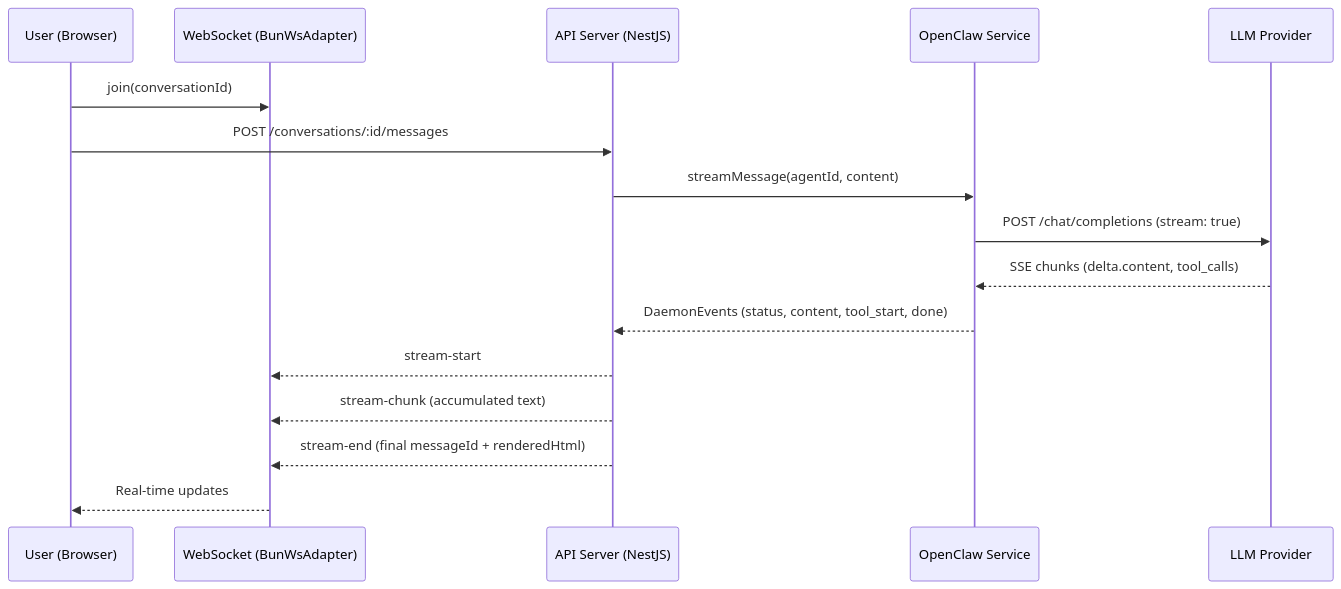
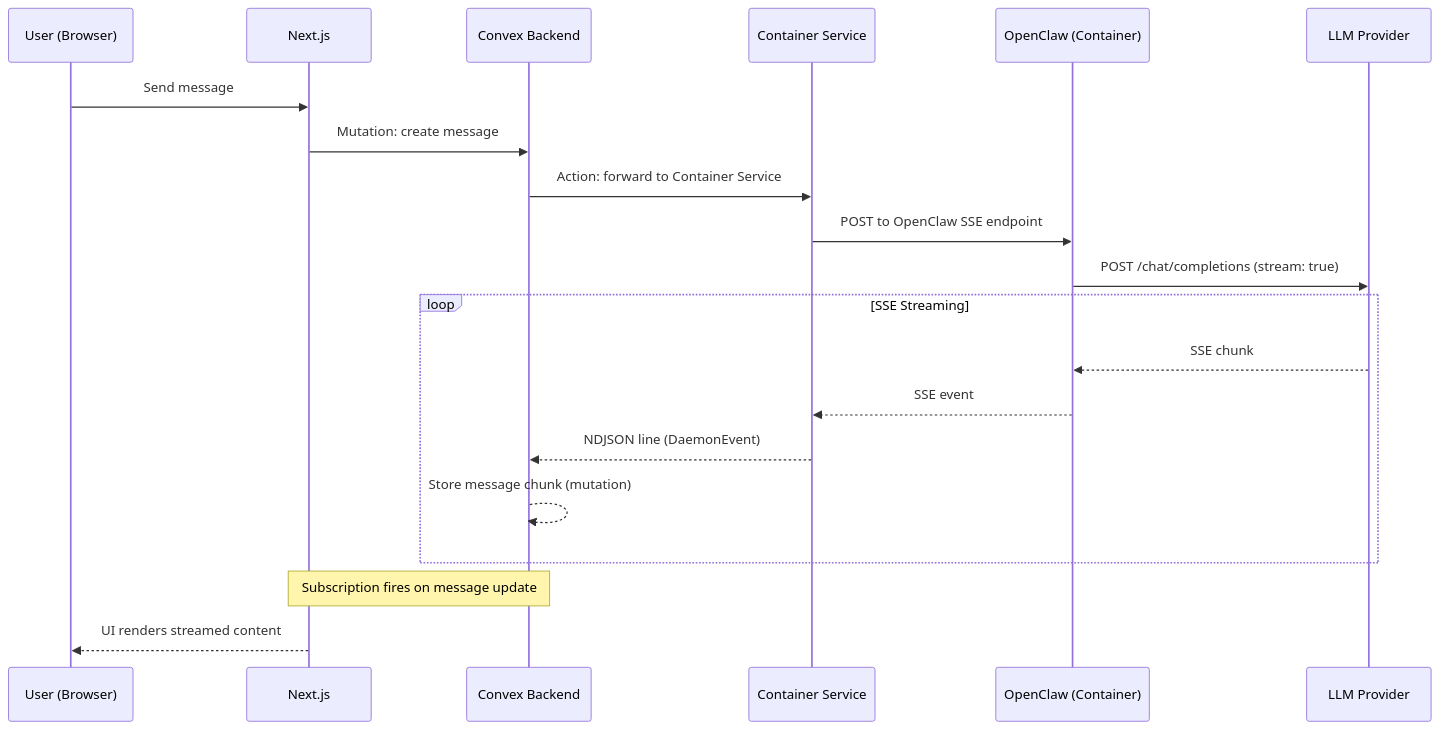
Before and after one commit to pde-rent/monokeros: the first of 2 diagrams in docs/features/chat.md, drawn with Mermaid. The commit also changed other lines of this file and 50 other files, not shown here.

````diff
--- a/docs/features/chat.md
+++ b/docs/features/chat.md
@@ -7,19 +9,25 @@
 ```mermaid
 sequenceDiagram
     participant User as User (Browser)
-    participant WS as WebSocket (BunWsAdapter)
-    participant API as API Server (NestJS)
-    participant OC as OpenClaw Service
+    participant Next as Next.js
+    participant Convex as Convex Backend
+    participant CS as Container Service
+    participant OC as OpenClaw (Container)
     participant LLM as LLM Provider
 
-    User->>WS: join(conversationId)
-    User->>API: POST /conversations/:id/messages
-    API->>OC: streamMessage(agentId, content)
+    User->>Next: Send message
+    Next->>Convex: Mutation: create message
+    Convex->>CS: Action: forward to Container Service
+    CS->>OC: POST to OpenClaw SSE endpoint
     OC->>LLM: POST /chat/completions (stream: true)
-    LLM-->>OC: SSE chunks (delta.content, tool_calls)
-    OC-->>API: DaemonEvents (status, content, tool_start, done)
-    API-->>WS: stream-start
-    API-->>WS: stream-chunk (accumulated text)
-    API-->>WS: stream-end (final messageId + renderedHtml)
-    WS-->>User: Real-time updates
+
+    loop SSE Streaming
+        LLM-->>OC: SSE chunk
+        OC-->>CS: SSE event
+        CS-->>Convex: NDJSON line (DaemonEvent)
+        Convex-->>Convex: Store message chunk (mutation)
+    end
+
+    Note over Convex,Next: Subscription fires on message update
+    Next-->>User: UI renders streamed content
 ```
````
